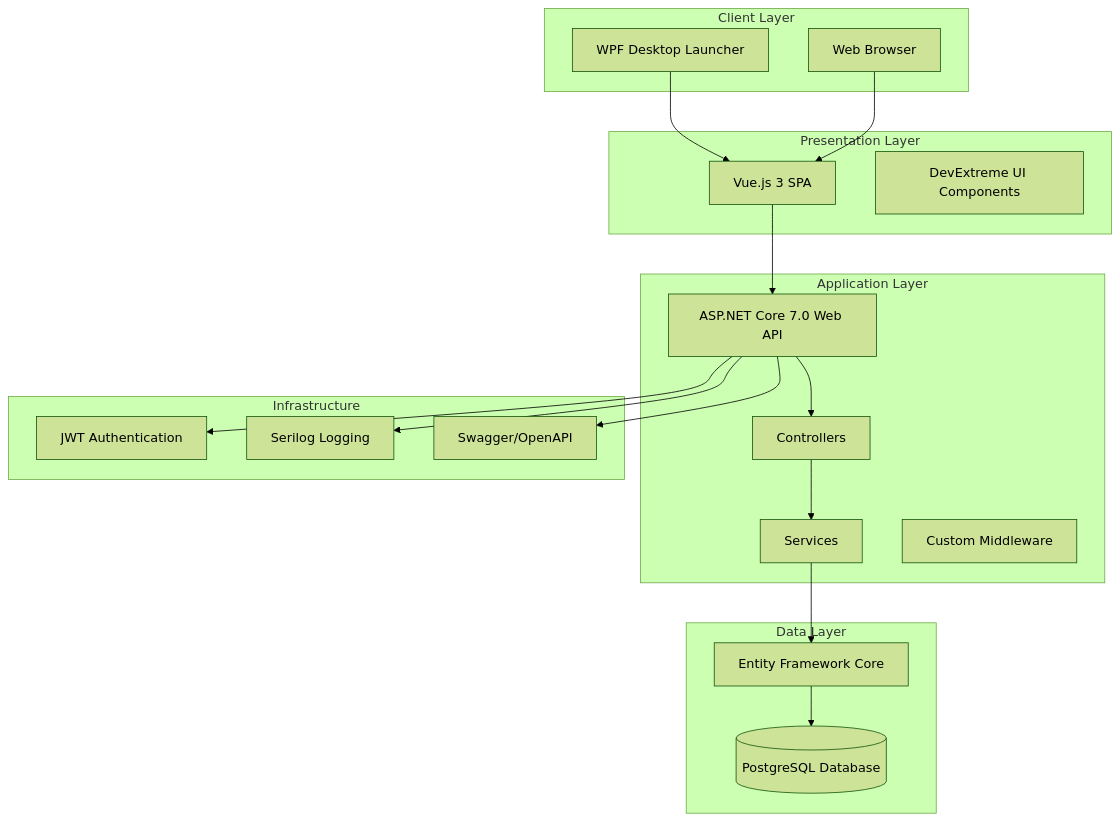
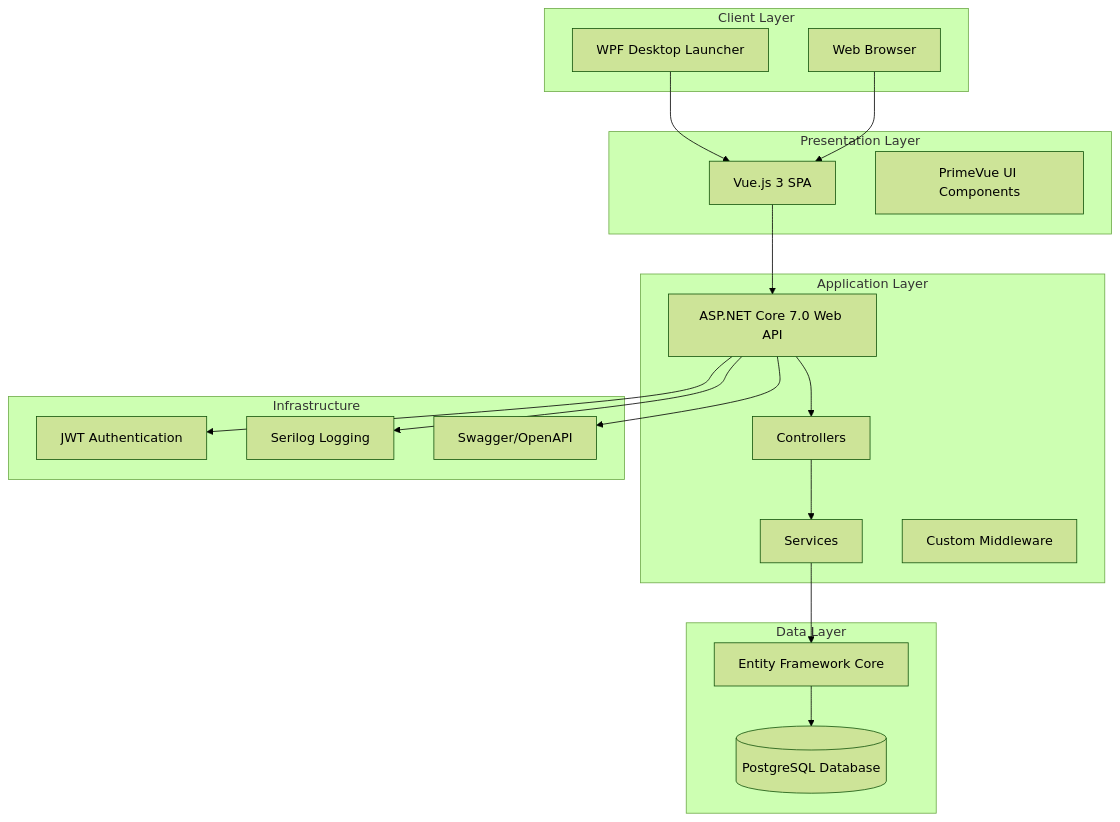
Before and after one commit to alexeykuptsov/TodoLists: the first of 3 diagrams in TECHNICAL_SPECIFICATION.md, drawn with Mermaid (forest theme). The commit also changed other lines of this file and 1 other file, not shown here.

````diff
--- a/TECHNICAL_SPECIFICATION.md
+++ b/TECHNICAL_SPECIFICATION.md
@@ -45,41 +45,41 @@
 ```mermaid
 graph TB
     subgraph "Client Layer"
         WPF[WPF Desktop Launcher]
         Browser[Web Browser]
     end
     
     subgraph "Presentation Layer"
         Vue[Vue.js 3 SPA]
-        DevExtreme[DevExtreme UI Components]
+        PrimeVue[PrimeVue UI Components]
     end
     
     subgraph "Application Layer"
         API[ASP.NET Core 7.0 Web API]
         Controllers[Controllers]
         Services[Services]
         Middleware[Custom Middleware]
     end
     
     subgraph "Data Layer"
         EF[Entity Framework Core]
         PostgreSQL[(PostgreSQL Database)]
     end
     
     subgraph "Infrastructure"
         JWT[JWT Authentication]
         Serilog[Serilog Logging]
         Swagger[Swagger/OpenAPI]
     end
     
     WPF --> Vue
     Browser --> Vue
     Vue --> API
     API --> Controllers
     Controllers --> Services
     Services --> EF
     EF --> PostgreSQL
     API --> JWT
     API --> Serilog
     API --> Swagger
 ```
````
